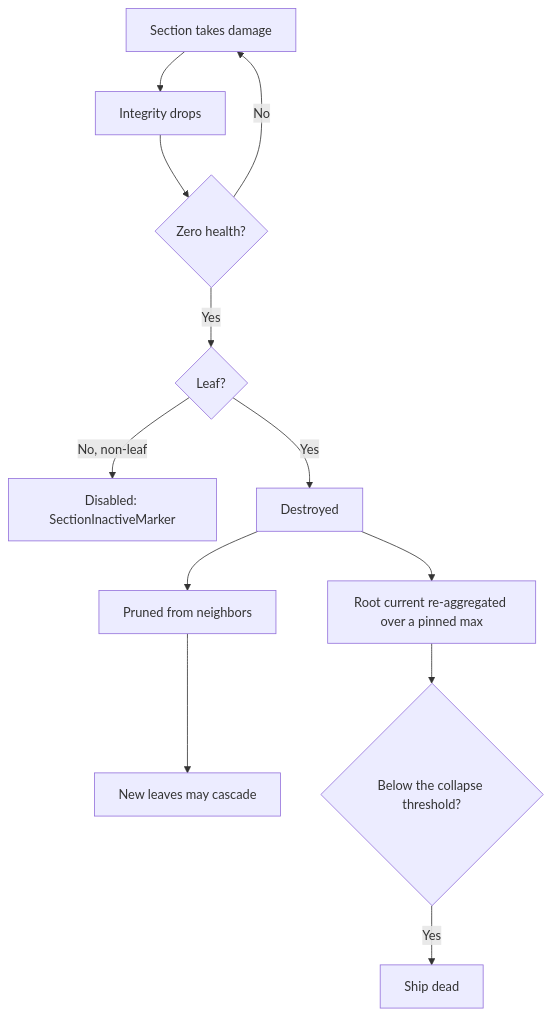
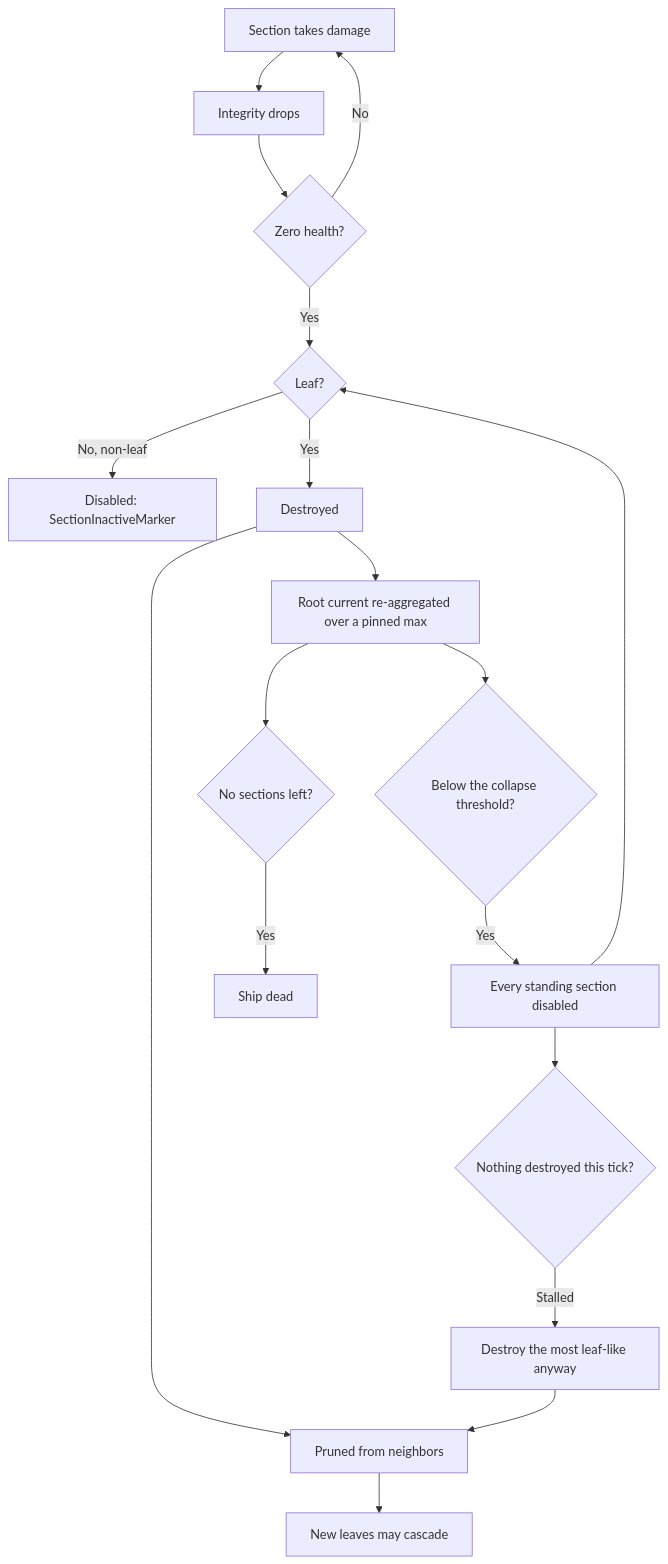
The diagram in web/src/wiki/dev/sections.md (alexjercan/nova-protocol), drawn with Mermaid before and after one commit. The commit also changed other lines of this file and 3 other files, not shown here.

````diff
--- a/web/src/wiki/dev/sections.md
+++ b/web/src/wiki/dev/sections.md
@@ -188,14 +217,20 @@
 ```mermaid
 flowchart TD
     A[Section takes damage] --> B[Integrity drops]
     B --> C{Zero health?}
     C -->|No| A
     C -->|Yes| D{Leaf?}
     D -->|No, non-leaf| E[Disabled: SectionInactiveMarker]
     D -->|Yes| F[Destroyed]
     F --> G[Pruned from neighbors]
     G --> H[New leaves may cascade]
     F --> I[Root current re-aggregated over a pinned max]
     I --> J{Below the collapse threshold?}
-    J -->|Yes| K[Ship dead]
+    J -->|Yes| K[Every standing section disabled]
+    K --> D
+    K --> L{Nothing destroyed this tick?}
+    L -->|Stalled| M[Destroy the most leaf-like anyway]
+    M --> G
+    I --> N{No sections left?}
+    N -->|Yes| O[Ship dead]
 ```
````
